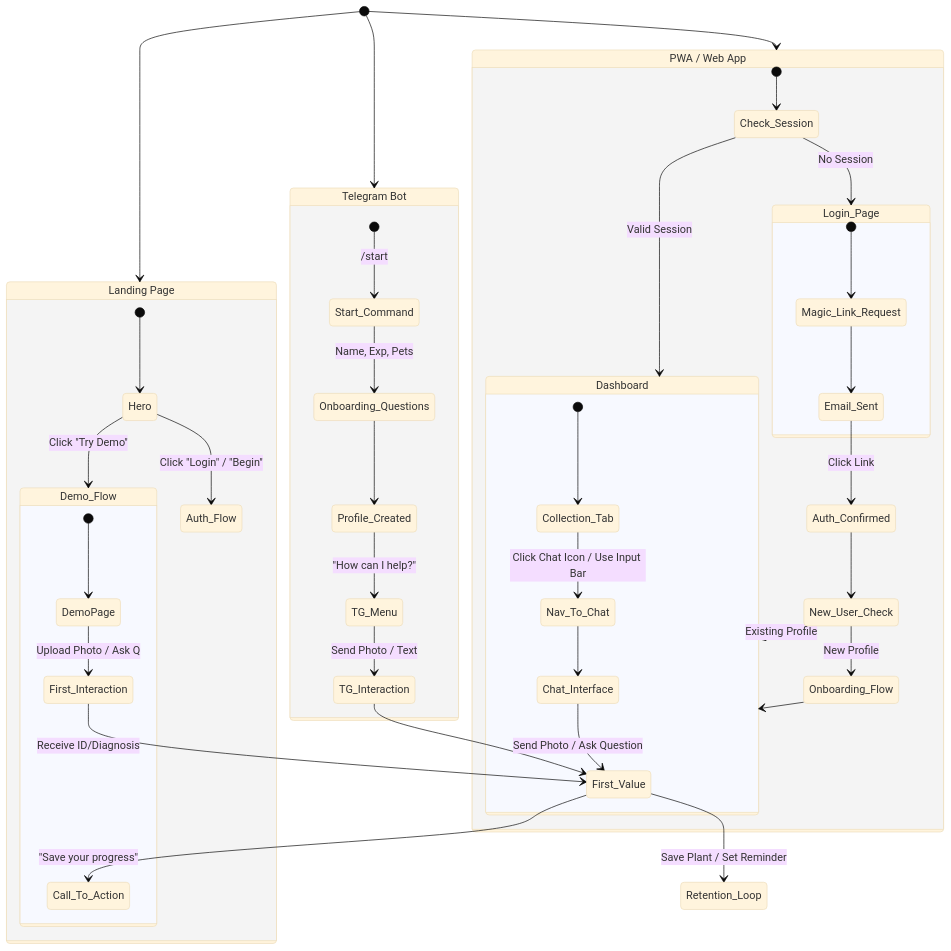
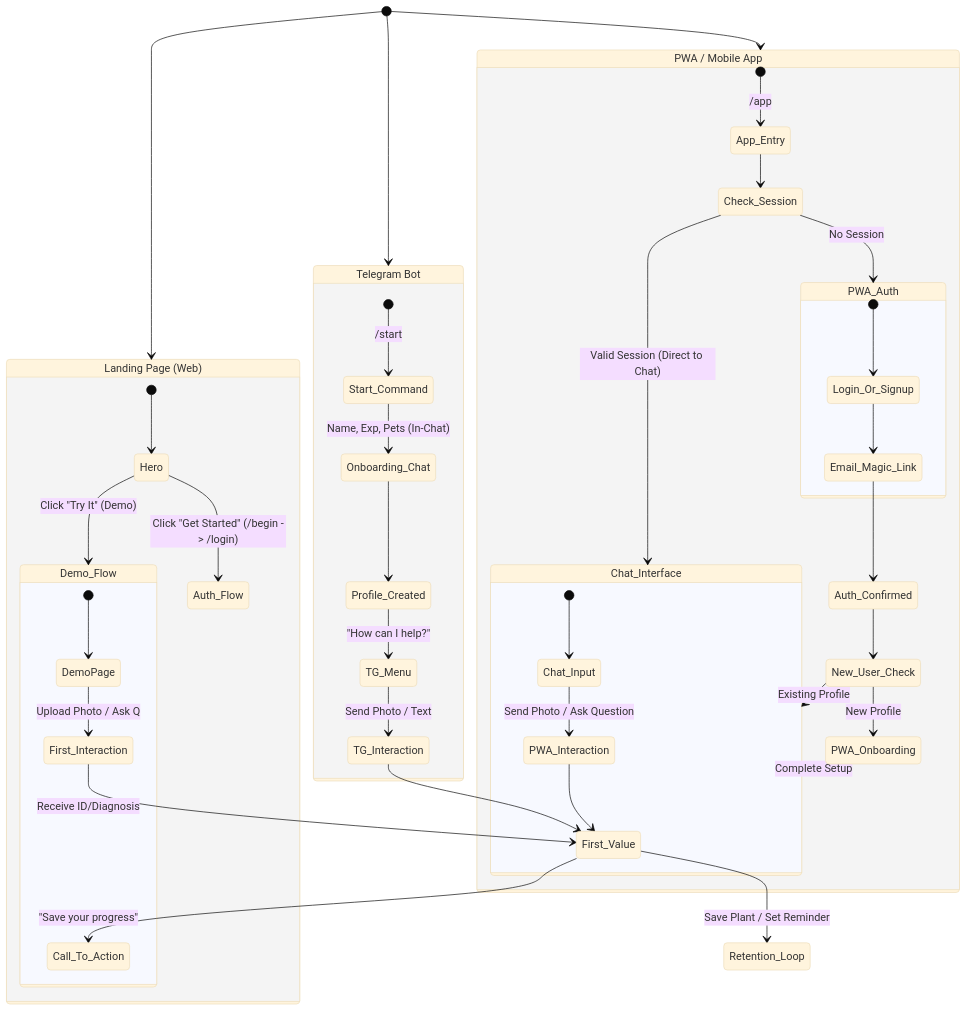
The first of 5 diagrams in docs/DIAGRAMS.md (masudl-hub/orchidcare), drawn with Mermaid (base theme) before and after one commit. The commit also changed other lines of this file, not shown here.

Commit message:
Add corrected technical diagrams to docs/DIAGRAMS.md
This commit introduces a new documentation file `docs/DIAGRAMS.md` containing a comprehensive collection of Mermaid and ASCII diagrams illustrating critical aspects of the Orchid application architecture:
- User Journey (Entry to First Value) - Corrected to reflect actual PWA navigation (Login -> Chat).
- Data Flow Architecture (Client -> Edge -> DB -> AI).
- Semantic & Visual Memory Architecture (Hierarchical Layers + Retrieval Sequence).
- Live Call Architecture (Audio/Video Pipeline + Lifecycle Sequence).
- REST API Flow (Auth -> Rate Limit -> Proxy).

These diagrams serve to enrich the technical documentation and provide a clear visual reference for the system's design and data flow, accurate to the current codebase state.

````diff
--- a/docs/DIAGRAMS.md
+++ b/docs/DIAGRAMS.md
@@ -9,59 +9,59 @@
 ```mermaid
 stateDiagram-v2
-    state "Landing Page" as Landing
+    state "Landing Page (Web)" as Landing
     state "Telegram Bot" as Telegram
-    state "PWA / Web App" as PWA
+    state "PWA / Mobile App" as PWA
 
     [*] --> Landing
     [*] --> Telegram
     [*] --> PWA
 
     state Landing {
         [*] --> Hero
-        Hero --> Demo_Flow: Click "Try Demo"
-        Hero --> Auth_Flow: Click "Login" / "Begin"
+        Hero --> Demo_Flow: Click "Try It" (Demo)
+        Hero --> Auth_Flow: Click "Get Started" (/begin -> /login)
 
         state Demo_Flow {
             [*] --> DemoPage
             DemoPage --> First_Interaction: Upload Photo / Ask Q
             First_Interaction --> First_Value: Receive ID/Diagnosis
             First_Value --> Call_To_Action: "Save your progress"
         }
     }
 
     state Telegram {
         [*] --> Start_Command: /start
-        Start_Command --> Onboarding_Questions: Name, Exp, Pets
-        Onboarding_Questions --> Profile_Created
+        Start_Command --> Onboarding_Chat: Name, Exp, Pets (In-Chat)
+        Onboarding_Chat --> Profile_Created
         Profile_Created --> TG_Menu: "How can I help?"
         TG_Menu --> TG_Interaction: Send Photo / Text
         TG_Interaction --> First_Value
     }
 
     state PWA {
-        [*] --> Check_Session
-        Check_Session --> Login_Page: No Session
-        Check_Session --> Dashboard: Valid Session
+        [*] --> App_Entry: /app
+        App_Entry --> Check_Session
+        Check_Session --> PWA_Auth: No Session
+        Check_Session --> Chat_Interface: Valid Session (Direct to Chat)
 
-        state Login_Page {
-            [*] --> Magic_Link_Request
-            Magic_Link_Request --> Email_Sent
-            Email_Sent --> Auth_Confirmed: Click Link
+        state PWA_Auth {
+            [*] --> Login_Or_Signup
+            Login_Or_Signup --> Email_Magic_Link
+            Email_Magic_Link --> Auth_Confirmed
         }
 
         Auth_Confirmed --> New_User_Check
-        New_User_Check --> Onboarding_Flow: New Profile
-        New_User_Check --> Dashboard: Existing Profile
+        New_User_Check --> PWA_Onboarding: New Profile
+        New_User_Check --> Chat_Interface: Existing Profile
 
-        Onboarding_Flow --> Dashboard
+        PWA_Onboarding --> Chat_Interface: Complete Setup
 
-        state Dashboard {
-            [*] --> Collection_Tab
-            Collection_Tab --> Nav_To_Chat: Click Chat Icon / Use Input Bar
-            Nav_To_Chat --> Chat_Interface
-            Chat_Interface --> First_Value: Send Photo / Ask Question
+        state Chat_Interface {
+            [*] --> Chat_Input
+            Chat_Input --> PWA_Interaction: Send Photo / Ask Question
+            PWA_Interaction --> First_Value
         }
     }
 
     First_Value --> Retention_Loop: Save Plant / Set Reminder
 ```
````
